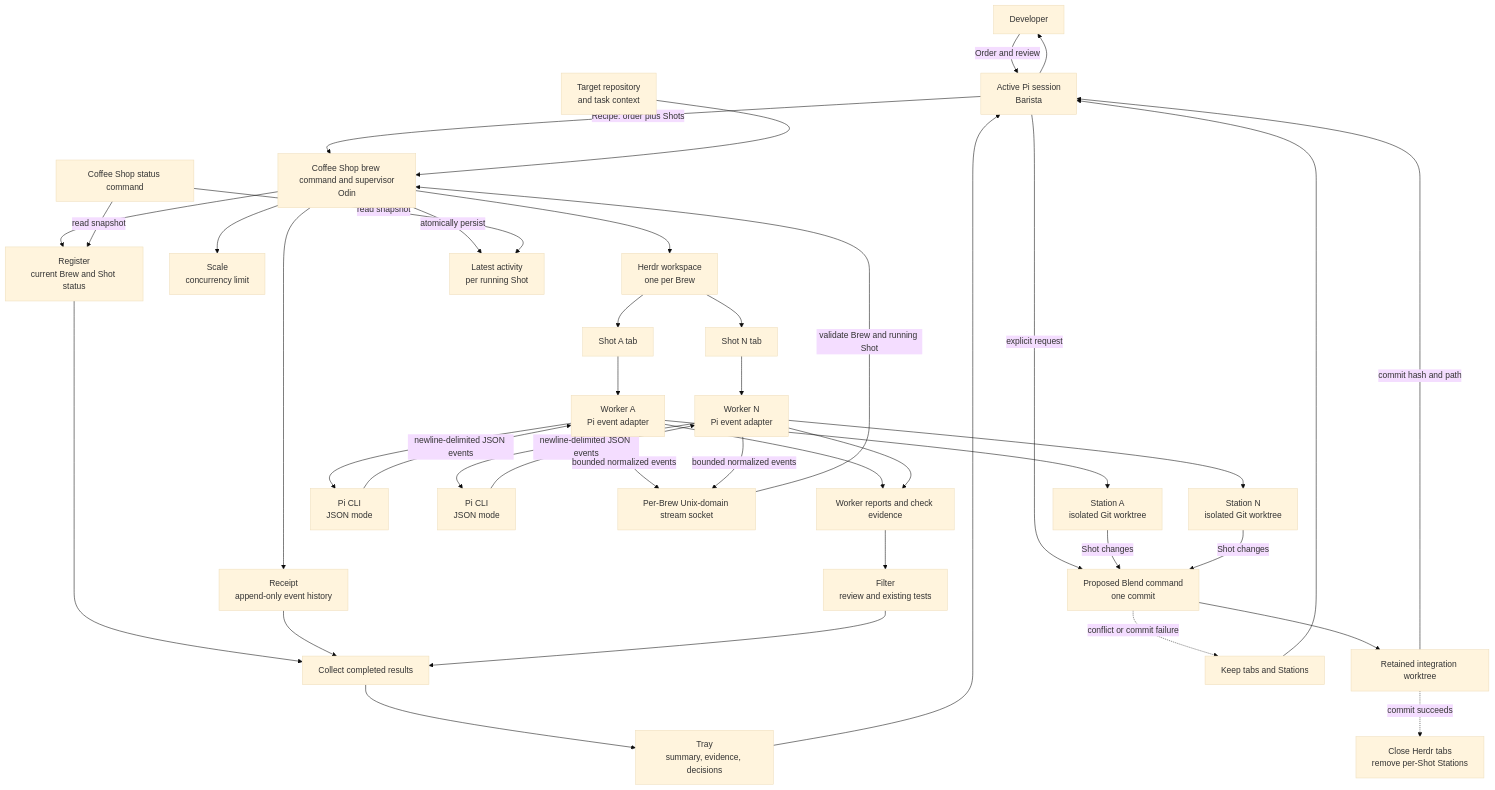
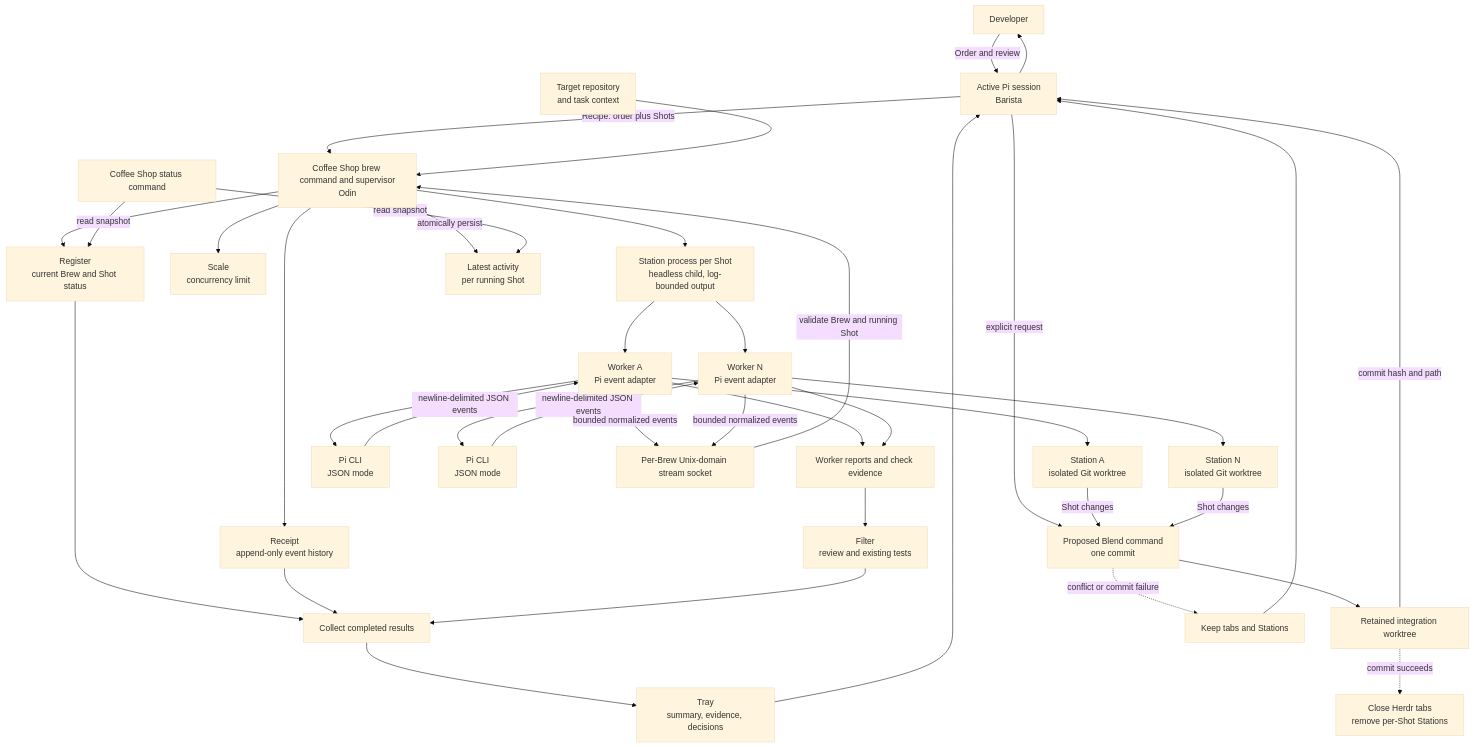
Before and after one commit to weima/coffee-shop: the first of 6 diagrams in docs/architecture.md, drawn with Mermaid (base theme). The commit also changed other lines of this file and 4 other files, not shown here.

First line of the commit message:
docs: retire the Station tab lifecycle

````diff
--- a/docs/architecture.md
+++ b/docs/architecture.md
@@ -15,43 +15,41 @@
 ```mermaid
 flowchart TD
     Dev[Developer] -->|Order and review| Barista[Active Pi session<br/>Barista]
     Barista -->|Recipe: order plus Shots| CLI[Coffee Shop brew command and supervisor<br/>Odin]
     Beans[Target repository<br/>and task context] --> CLI
     CLI --> Register[Register<br/>current Brew and Shot status]
     CLI --> Receipt[Receipt<br/>append-only event history]
     CLI --> Scale[Scale<br/>concurrency limit]
-    CLI --> HERDR[Herdr workspace<br/>one per Brew]
-    HERDR --> Tab1[Shot A tab]
-    HERDR --> TabN[Shot N tab]
-    Tab1 --> Worker1[Worker A<br/>Pi event adapter]
-    TabN --> WorkerN[Worker N<br/>Pi event adapter]
+    CLI --> Stations[Station process per Shot<br/>headless child, log-bounded output]
+    Stations --> Worker1[Worker A<br/>Pi event adapter]
+    Stations --> WorkerN[Worker N<br/>Pi event adapter]
     Worker1 --> Station1[Station A<br/>isolated Git worktree]
     WorkerN --> StationN[Station N<br/>isolated Git worktree]
     Worker1 --> Pi1[Pi CLI<br/>JSON mode]
     WorkerN --> PiN[Pi CLI<br/>JSON mode]
     Pi1 -->|newline-delimited JSON events| Worker1
     PiN -->|newline-delimited JSON events| WorkerN
     Worker1 -->|bounded normalized events| Activity[Per-Brew Unix-domain stream socket]
     WorkerN -->|bounded normalized events| Activity
     Activity -->|validate Brew and running Shot| CLI
     CLI -->|atomically persist| ActivityState[Latest activity<br/>per running Shot]
     Status[Coffee Shop status command] -->|read snapshot| Register
     Status -->|read snapshot| ActivityState
     Worker1 --> Results[Worker reports and check evidence]
     WorkerN --> Results
     Results --> Filter[Filter<br/>review and existing tests]
     Register --> Collect[Collect completed results]
     Receipt --> Collect
     Filter --> Collect
     Collect --> Tray[Tray<br/>summary, evidence, decisions]
     Tray --> Barista
     Barista -->|explicit request| Blend[Proposed Blend command<br/>one commit]
     Station1 -->|Shot changes| Blend
     StationN -->|Shot changes| Blend
     Blend --> Delivery[Retained integration worktree]
     Delivery -->|commit hash and path| Barista
     Delivery -. commit succeeds .-> Cleanup[Close Herdr tabs<br/>remove per-Shot Stations]
     Blend -. conflict or commit failure .-> Preserve[Keep tabs and Stations]
     Preserve --> Barista
     Barista --> Dev
 ```
````
